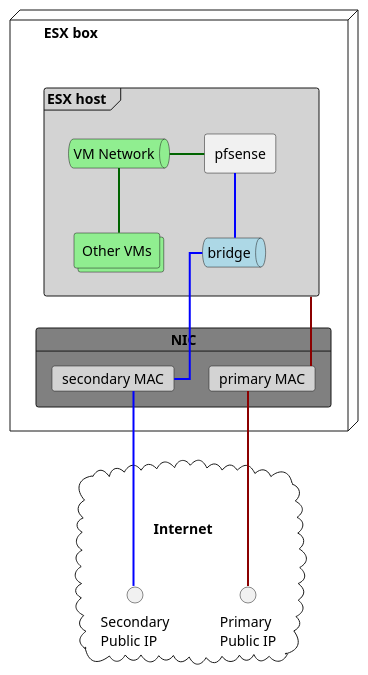
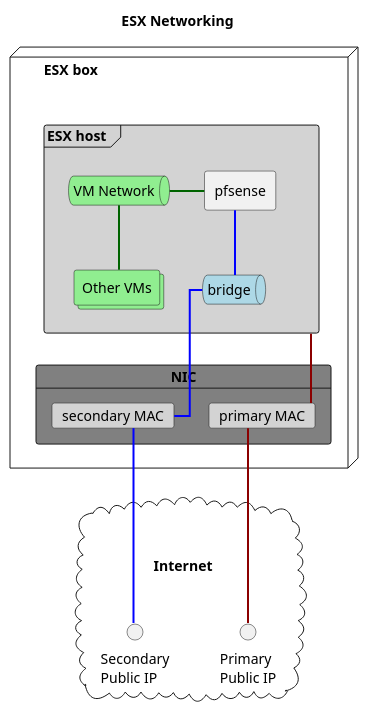
Before and after one commit to philipstaffordwood/vsphere-lab: the second of 4 diagrams in doc/vpn.asciidoc, drawn with PlantUML. The commit also changed other lines of this file and 2 other files, not shown here.

```diff
--- a/doc/vpn.asciidoc
+++ b/doc/vpn.asciidoc
@@ -137,37 +143,38 @@
-[plantuml, diagram-esx-networking, png]
+[plantuml, diagram-esx-networking, svg]
 ....
-skinparam linetype ortho
+    skinparam linetype ortho
 
-node "ESX box                                                            \n" {
-    card "NIC" as nic #gray {
-        card "primary MAC" as mac1 #lightgray
-        card "secondary MAC" as mac2 #lightgray
+    Title ESX Networking
+    node "ESX box                                                            \n" {
+        card "NIC" as nic #gray {
+            card "primary MAC" as mac1 #lightgray
+            card "secondary MAC" as mac2 #lightgray
+        }
+
+        frame "ESX host  " as esx #lightgray {
+            rectangle "pfsense" as fw
+            queue "bridge" as net_bridge #lightblue
+            queue "VM Network" as net_vm_net #lightgreen
+
+            collections "Other VMs" as other #lightgreen
+        }
+
     }
 
-    frame "ESX host  " as esx #lightgray {
-        rectangle "pfsense" as fw
-        queue "bridge" as net_bridge #lightblue
-        queue "VM Network" as net_vm_net #lightgreen
-
-        collections "Other VMs" as other #lightgreen
+    cloud "\n\n     Internet        " as internet {
+        interface "Primary\nPublic IP" as ip1
+        interface "Secondary\nPublic IP" as ip2
     }
 
-}
+    net_vm_net -[#darkgreen,bold] fw
 
-cloud "\n\n     Internet        " as internet {
-    interface "Primary\nPublic IP" as ip1
-    interface "Secondary\nPublic IP" as ip2
-}
+    net_vm_net -[#darkgreen,bold]- other
 
-net_vm_net -[#darkgreen,bold] fw
+    fw -[#blue,bold]- net_bridge
 
-net_vm_net -[#darkgreen,bold]- other
+    esx -[#darkred,bold]- mac1
+    net_bridge -[#blue,bold]- mac2
 
-fw -[#blue,bold]- net_bridge
-
-esx -[#darkred,bold]- mac1
-net_bridge -[#blue,bold]- mac2
-
-mac1 -[#darkred,bold]-- ip1
-mac2 -[#blue,bold]-- ip2
+    mac1 -[#darkred,bold]-- ip1
+    mac2 -[#blue,bold]-- ip2
 ....
```
